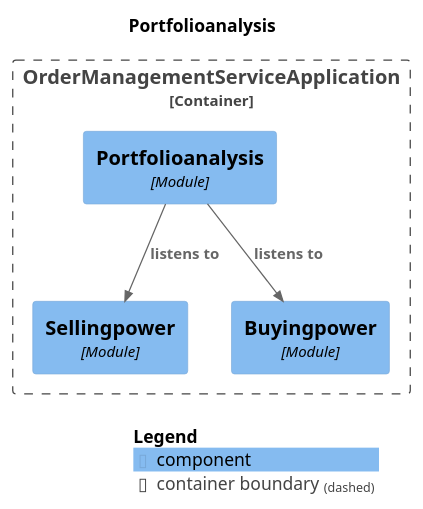
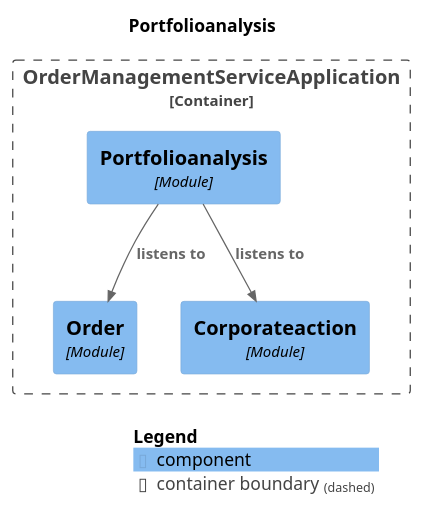
The diagram in static/spring-modulith-docs/module-portfolioanalysis.puml (NosearY/order-management-service-reference-implementation), drawn with PlantUML before and after one commit. The commit also changed 22 other files, not shown here.

```diff
--- a/static/spring-modulith-docs/module-portfolioanalysis.puml
+++ b/static/spring-modulith-docs/module-portfolioanalysis.puml
@@ -1,21 +1,21 @@
 @startuml
 set separator none
 title Portfolioanalysis
 
 top to bottom direction
 
 !include <C4/C4>
 !include <C4/C4_Context>
 !include <C4/C4_Component>
 
 Container_Boundary("OrderManagementServiceApplication.OrderManagementServiceApplication_boundary", "OrderManagementServiceApplication", $tags="") {
+  Component(OrderManagementServiceApplication.OrderManagementServiceApplication.Order, "Order", $techn="Module", $descr="", $tags="", $link="")
   Component(OrderManagementServiceApplication.OrderManagementServiceApplication.Portfolioanalysis, "Portfolioanalysis", $techn="Module", $descr="", $tags="", $link="")
-  Component(OrderManagementServiceApplication.OrderManagementServiceApplication.Sellingpower, "Sellingpower", $techn="Module", $descr="", $tags="", $link="")
-  Component(OrderManagementServiceApplication.OrderManagementServiceApplication.Buyingpower, "Buyingpower", $techn="Module", $descr="", $tags="", $link="")
+  Component(OrderManagementServiceApplication.OrderManagementServiceApplication.Corporateaction, "Corporateaction", $techn="Module", $descr="", $tags="", $link="")
 }
 
-Rel(OrderManagementServiceApplication.OrderManagementServiceApplication.Portfolioanalysis, OrderManagementServiceApplication.OrderManagementServiceApplication.Buyingpower, "listens to", $techn="", $tags="", $link="")
-Rel(OrderManagementServiceApplication.OrderManagementServiceApplication.Portfolioanalysis, OrderManagementServiceApplication.OrderManagementServiceApplication.Sellingpower, "listens to", $techn="", $tags="", $link="")
+Rel(OrderManagementServiceApplication.OrderManagementServiceApplication.Portfolioanalysis, OrderManagementServiceApplication.OrderManagementServiceApplication.Corporateaction, "listens to", $techn="", $tags="", $link="")
+Rel(OrderManagementServiceApplication.OrderManagementServiceApplication.Portfolioanalysis, OrderManagementServiceApplication.OrderManagementServiceApplication.Order, "listens to", $techn="", $tags="", $link="")
 
 SHOW_LEGEND(true)
 @enduml
```
